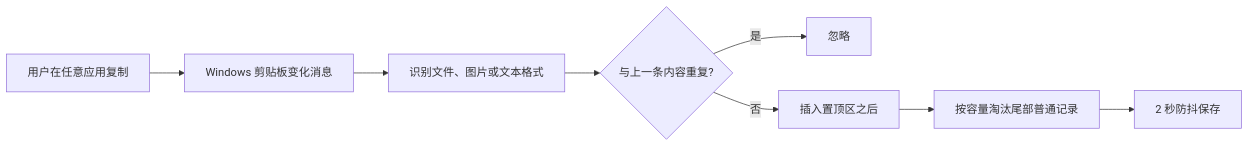
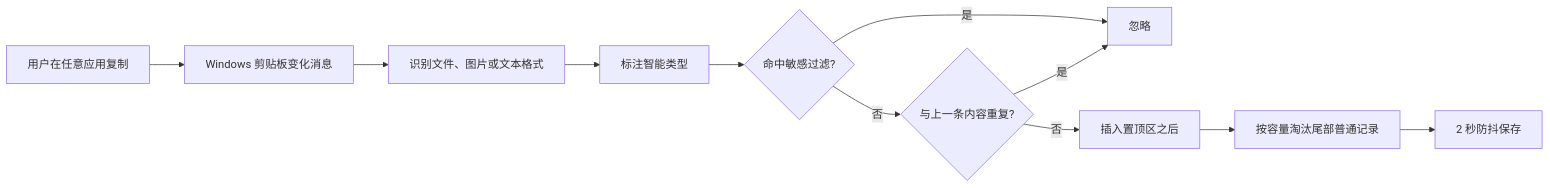
Before and after one commit to zhangty-admin/cliovault: the first of 3 diagrams in docs/PRODUCT_LOGIC.md, drawn with Mermaid. The commit also changed other lines of this file and 21 other files, not shown here.

````diff
--- a/docs/PRODUCT_LOGIC.md
+++ b/docs/PRODUCT_LOGIC.md
@@ -326,10 +371,13 @@
 ```mermaid
 flowchart LR
     A["用户在任意应用复制"] --> B["Windows 剪贴板变化消息"]
     B --> C["识别文件、图片或文本格式"]
-    C --> D{"与上一条内容重复?"}
-    D -- 是 --> E["忽略"]
-    D -- 否 --> F["插入置顶区之后"]
-    F --> G["按容量淘汰尾部普通记录"]
-    G --> H["2 秒防抖保存"]
+    C --> D["标注智能类型"]
+    D --> E{"命中敏感过滤?"}
+    E -- 是 --> F["忽略"]
+    E -- 否 --> G{"与上一条内容重复?"}
+    G -- 是 --> F
+    G -- 否 --> H["插入置顶区之后"]
+    H --> I["按容量淘汰尾部普通记录"]
+    I --> J["2 秒防抖保存"]
 ```
````
